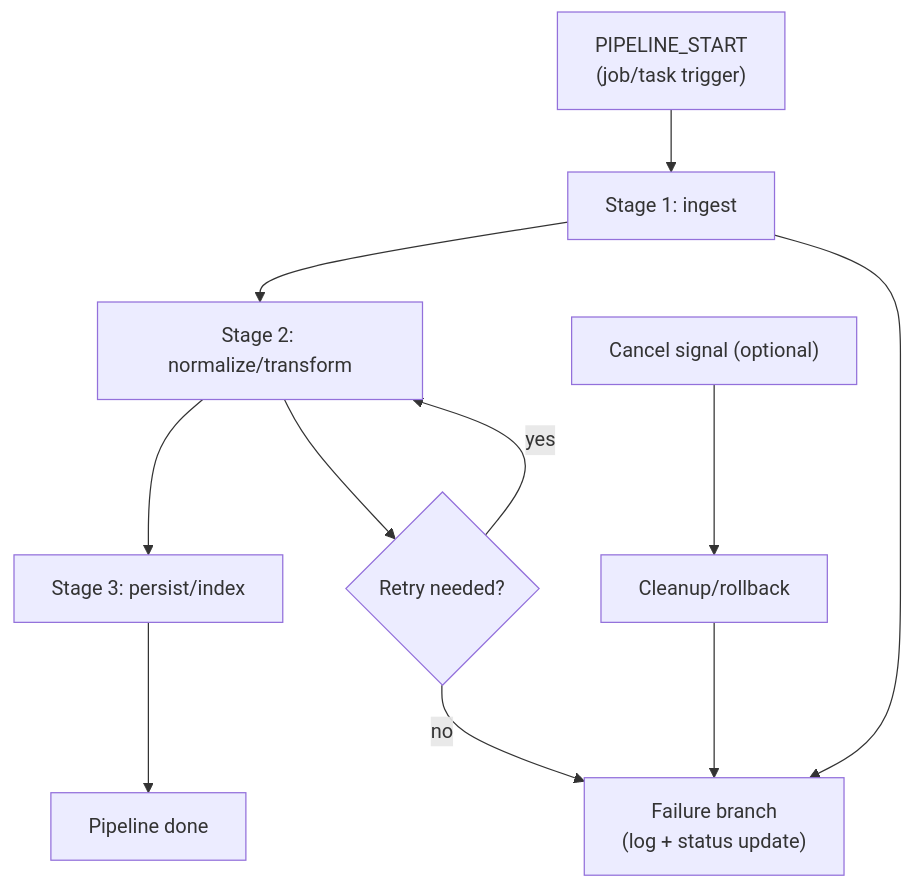
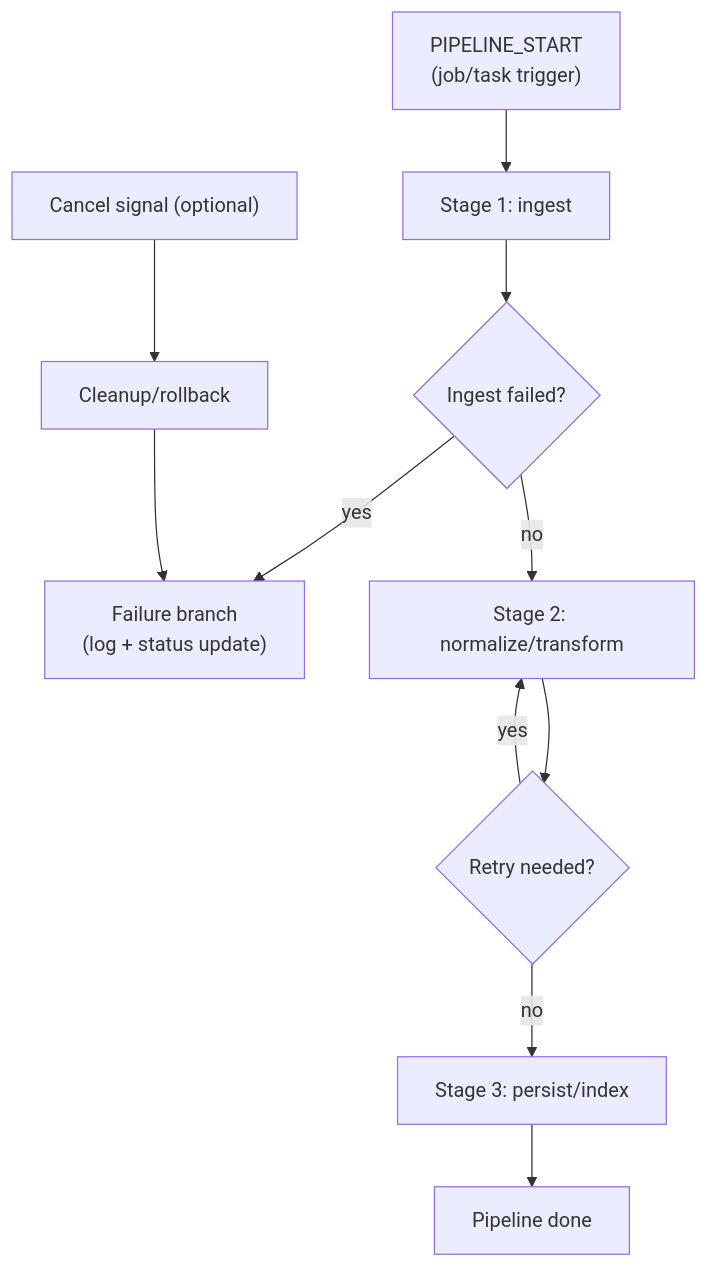
Before and after one commit to JeanphiloGong/Agents-spec: the diagram in agent-specs/engineering/skills/project-flowchart-template-skill/assets/templates/processing-pipeline.mmd, drawn with Mermaid. The commit also changed 7 other files, not shown here.

First line of the commit message:
docs(project-flowchart-template-skill): enforce node naming standard

```diff
--- a/agent-specs/engineering/skills/project-flowchart-template-skill/assets/templates/processing-pipeline.mmd
+++ b/agent-specs/engineering/skills/project-flowchart-template-skill/assets/templates/processing-pipeline.mmd
@@ -1,16 +1,15 @@
 %% Generic processing pipeline template
 flowchart TD
-    PIPELINE_START["PIPELINE_START\n(job/task trigger)"] --> STAGE1["Stage 1: ingest"]
-    STAGE1 --> STAGE2["Stage 2: normalize/transform"]
-    STAGE2 --> STAGE3["Stage 3: persist/index"]
-    STAGE3 --> PIPELINE_DONE["Pipeline done"]
+    entry_receive_task_pipeline["PIPELINE_START\n(job/task trigger)"] --> usecase_parse_task_ingest["Stage 1: ingest"]
+    usecase_parse_task_ingest --> branch_verify_ingest_failed{"Ingest failed?"}
+    branch_verify_ingest_failed -->|yes| result_return_pipeline_failed["Failure branch\n(log + status update)"]
+    branch_verify_ingest_failed -->|no| service_map_task_normalized["Stage 2: normalize/transform"]
+    service_map_task_normalized --> branch_verify_retry_required{"Retry needed?"}
+    branch_verify_retry_required -->|yes| service_map_task_normalized
+    branch_verify_retry_required -->|no| repo_upsert_task_persist["Stage 3: persist/index"]
+    repo_upsert_task_persist --> result_return_pipeline_done["Pipeline done"]
 
-    STAGE1 --> FAILURE_BRANCH["Failure branch\n(log + status update)"]
-    STAGE2 --> RETRY{"Retry needed?"}
-    RETRY -->|yes| STAGE2
-    RETRY -->|no| FAILURE_BRANCH
-
-    CANCEL["Cancel signal (optional)"] --> CLEANUP["Cleanup/rollback"]
-    CLEANUP --> FAILURE_BRANCH
+    event_emit_task_cancel["Cancel signal (optional)"] --> service_assemble_task_cleanup["Cleanup/rollback"]
+    service_assemble_task_cleanup --> result_return_pipeline_failed
 
     %% TODO(verify): map each stage to concrete modules
```
